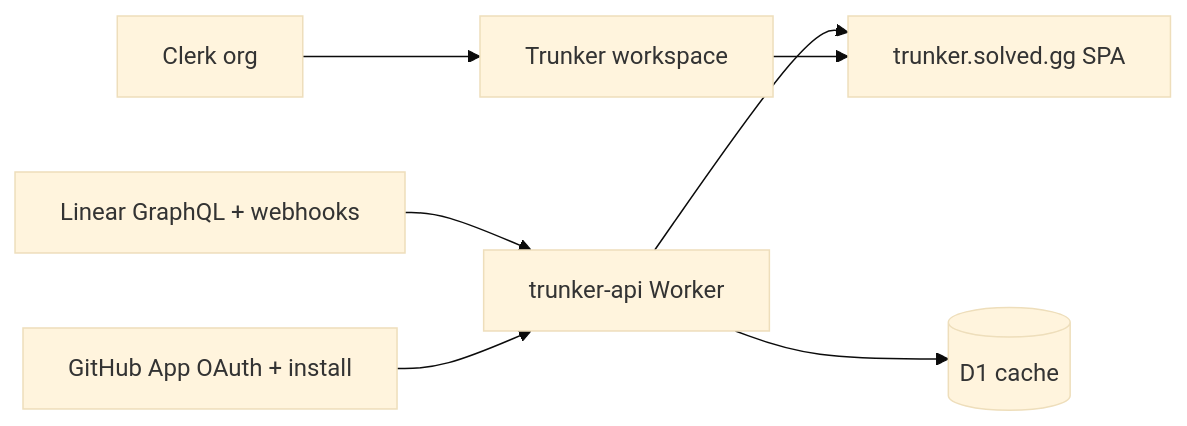
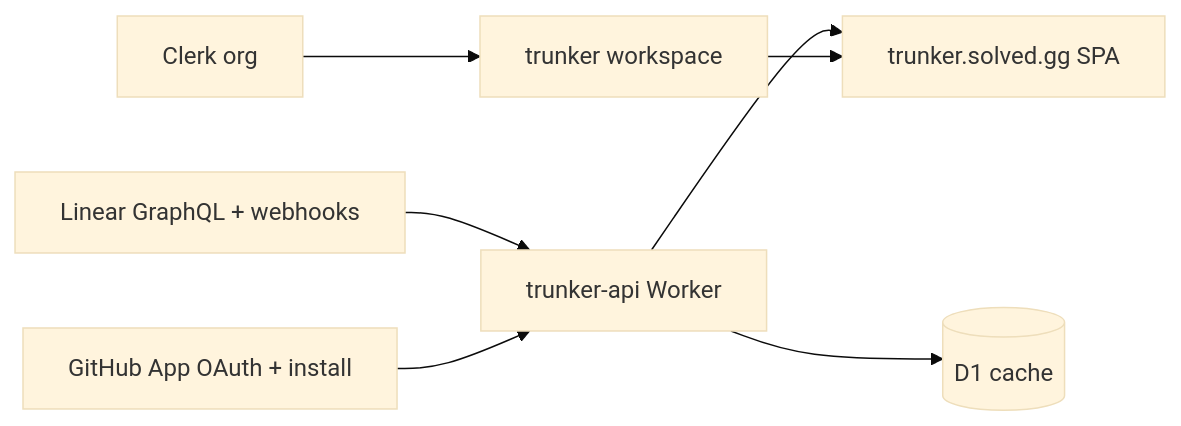
Before and after one commit to solvedggorg/docs: the diagram in trunker/0.1.0/index.mdx, drawn with Mermaid (base theme). The commit also changed other lines of this file and 6 other files, not shown here.

````diff
--- a/trunker/0.1.0/index.mdx
+++ b/trunker/0.1.0/index.mdx
@@ -48,9 +48,9 @@
 ```mermaid
 flowchart LR
-  Clerk[Clerk org] --> WS[Trunker workspace]
+  Clerk[Clerk org] --> WS[trunker workspace]
   Linear[Linear GraphQL + webhooks] --> API[trunker-api Worker]
   GitHub[GitHub App OAuth + install] --> API
   API --> D1[(D1 cache)]
   API --> SPA[trunker.solved.gg SPA]
   WS --> SPA
 ```
````
